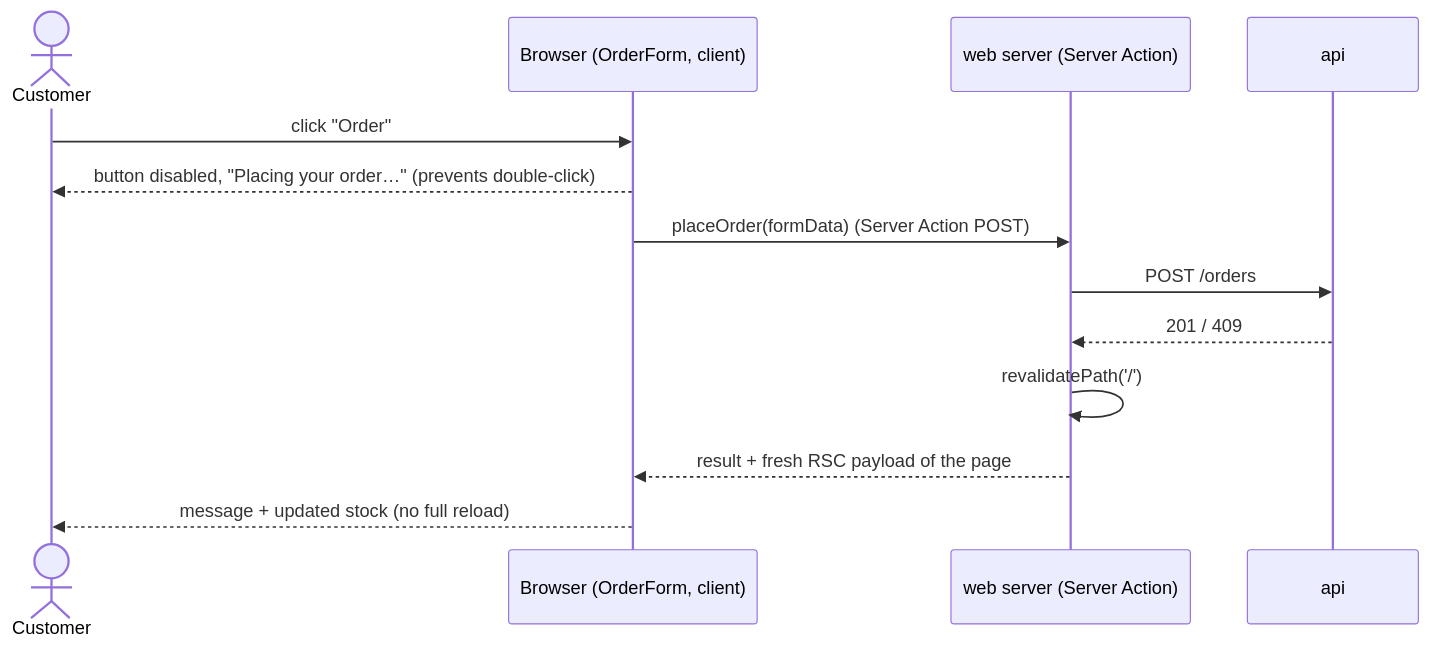
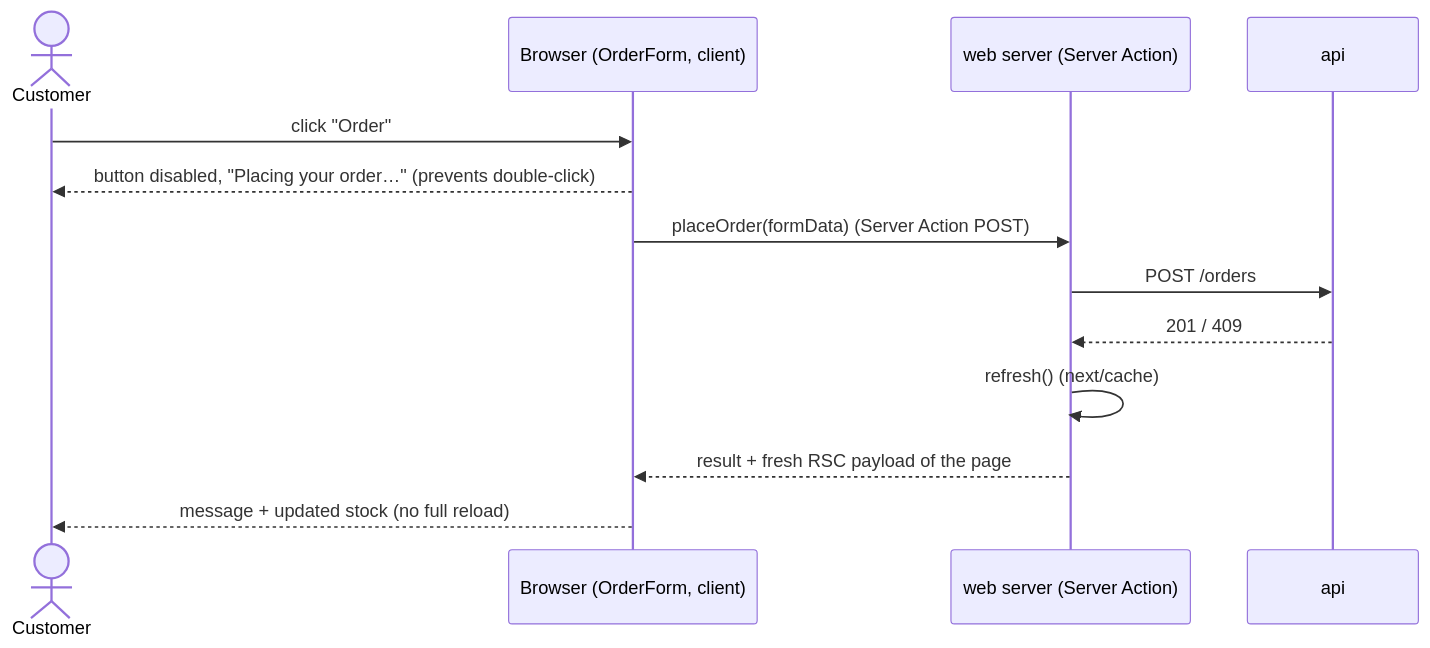
Before and after one commit to pitipume/noahs-kiosk: the fifth of 5 diagrams in docs/03-flows.md, drawn with Mermaid. The commit also changed 26 other files, not shown here.

````diff
--- a/docs/03-flows.md
+++ b/docs/03-flows.md
@@ -140,15 +140,15 @@
 ```mermaid
 sequenceDiagram
     actor C as Customer
     participant B as Browser (OrderForm, client)
     participant W as web server (Server Action)
     participant A as api
     C->>B: click "Order"
     B-->>C: button disabled, "Placing your order…" (prevents double-click)
     B->>W: placeOrder(formData)  (Server Action POST)
     W->>A: POST /orders
     A-->>W: 201 / 409
-    W->>W: revalidatePath('/')
+    W->>W: refresh()  (next/cache)
     W-->>B: result + fresh RSC payload of the page
     B-->>C: message + updated stock (no full reload)
 ```
````
